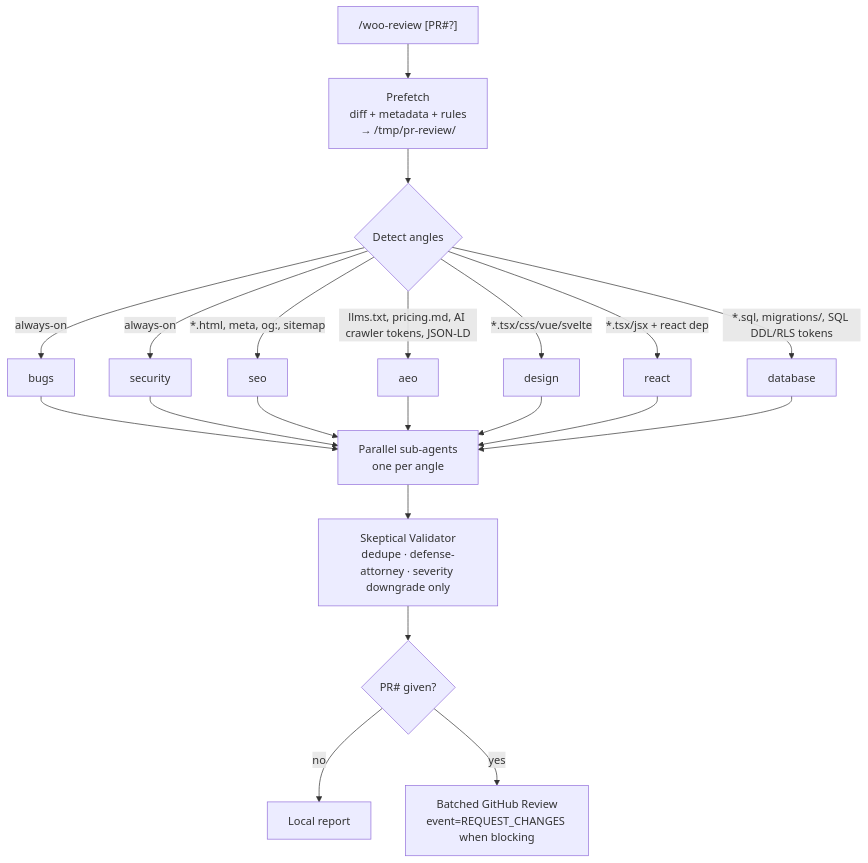
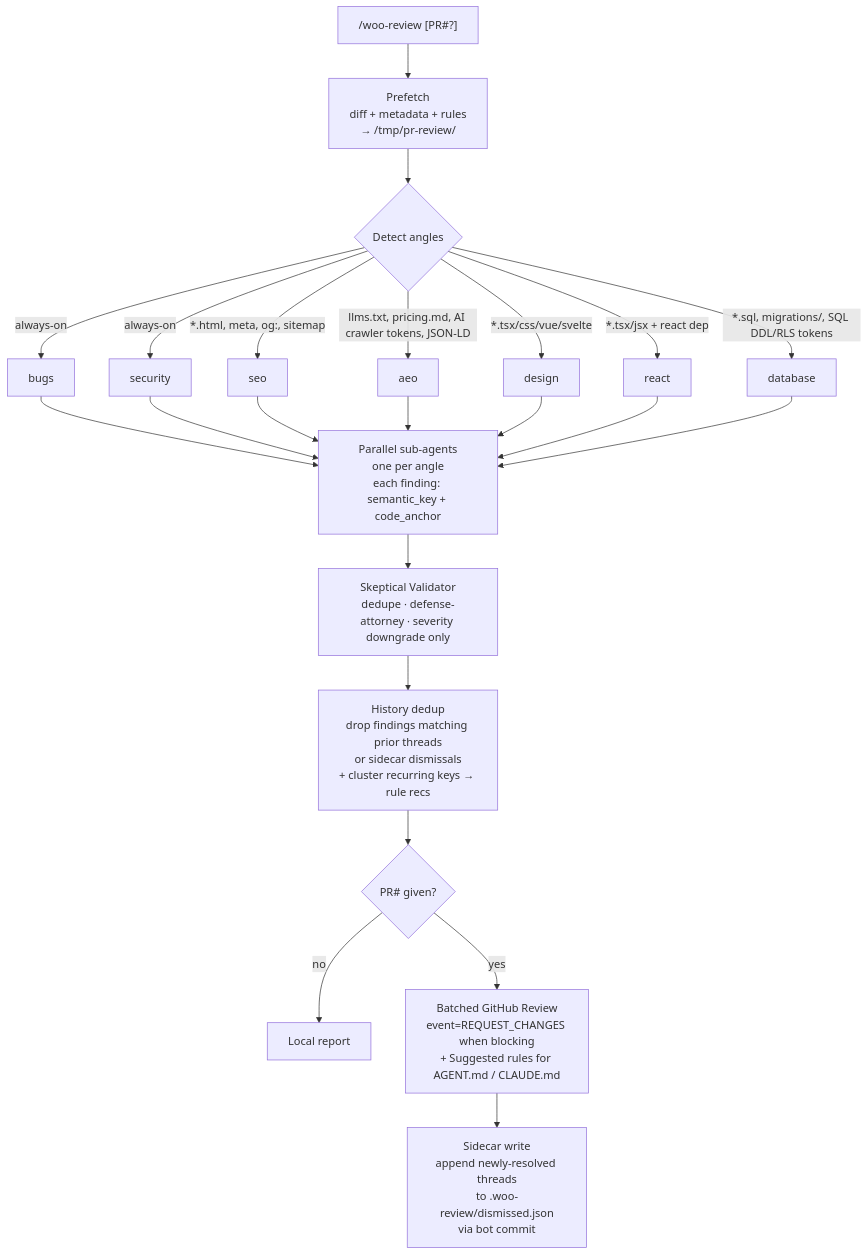
The diagram in README.md (howarewoo/woo-review), drawn with Mermaid before and after one commit. The commit also changed other lines of this file, not shown here.

First line of the commit message:
docs(readme): document history dedup + sidecar + rule recs

````diff
--- a/README.md
+++ b/README.md
@@ -34,17 +37,19 @@
 ```mermaid
 flowchart TD
     A["/woo-review [PR#?]"] --> B[Prefetch<br/>diff + metadata + rules<br/>→ /tmp/pr-review/]
     B --> C{Detect angles}
     C -->|always-on| D1[bugs]
     C -->|always-on| D2[security]
     C -->|*.html, meta, og:, sitemap| D3[seo]
     C -->|llms.txt, pricing.md, AI crawler tokens, JSON-LD| D3a[aeo]
     C -->|*.tsx/css/vue/svelte| D4[design]
     C -->|*.tsx/jsx + react dep| D6[react]
     C -->|*.sql, migrations/, SQL DDL/RLS tokens| D7[database]
-    D1 & D2 & D3 & D3a & D4 & D6 & D7 --> E[Parallel sub-agents<br/>one per angle]
+    D1 & D2 & D3 & D3a & D4 & D6 & D7 --> E[Parallel sub-agents<br/>one per angle<br/>each finding: semantic_key + code_anchor]
     E --> F[Skeptical Validator<br/>dedupe · defense-attorney · severity downgrade only]
-    F --> G{PR# given?}
+    F --> F2[History dedup<br/>drop findings matching prior threads<br/>or sidecar dismissals<br/>+ cluster recurring keys → rule recs]
+    F2 --> G{PR# given?}
     G -->|no| H[Local report]
-    G -->|yes| I[Batched GitHub Review<br/>event=REQUEST_CHANGES when blocking]
+    G -->|yes| I[Batched GitHub Review<br/>event=REQUEST_CHANGES when blocking<br/>+ Suggested rules for AGENT.md / CLAUDE.md]
+    I --> J[Sidecar write<br/>append newly-resolved threads<br/>to .woo-review/dismissed.json<br/>via bot commit]
 ```
````
